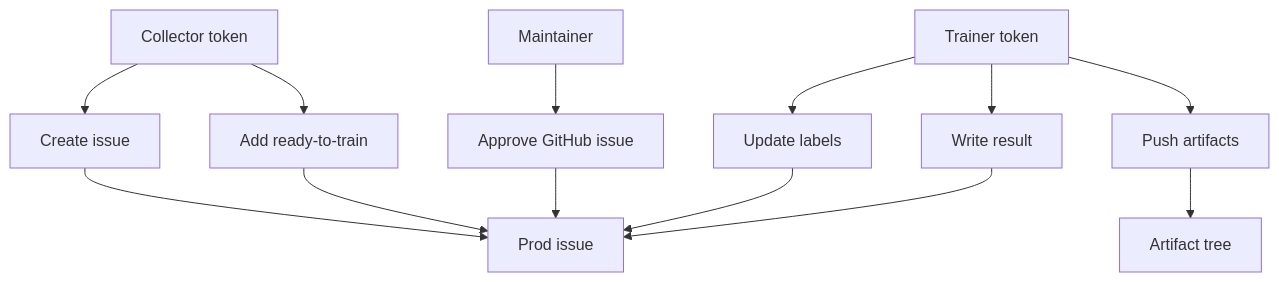
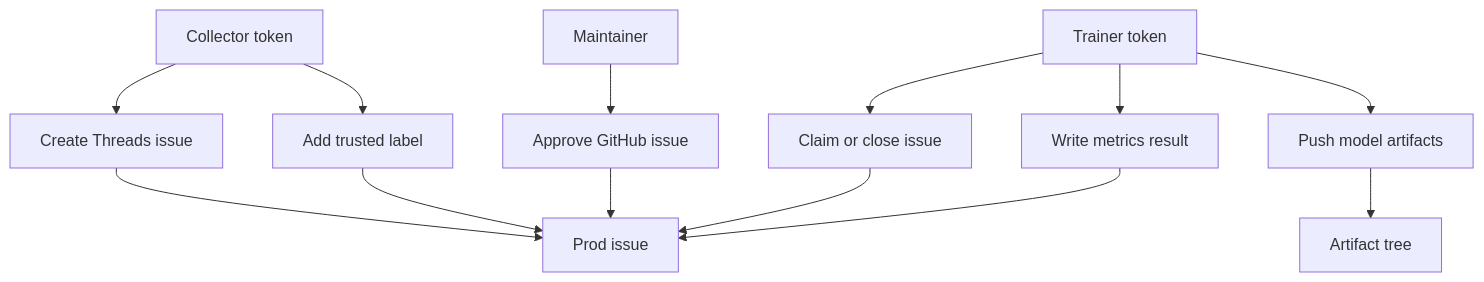
Before and after one commit to UnripePlum/korean-wakeword: the fourth of 4 diagrams in docs/ARCHITECTURE.md, drawn with Mermaid. The commit also changed other lines of this file, not shown here.

Commit message:
Use GitHub-safe prod mermaid labels

````diff
--- a/docs/ARCHITECTURE.md
+++ b/docs/ARCHITECTURE.md
@@ -170,16 +170,16 @@
 ```mermaid
 flowchart TD
-    COLLECTOR["Collector token"] --> CREATE["Create issue"]
-    COLLECTOR --> TRUSTED_LABEL["Add ready-to-train"]
+    COLLECTOR["Collector token"] --> CREATE["Create Threads issue"]
+    COLLECTOR --> TRUSTED_LABEL["Add trusted label"]
     MAINTAINER["Maintainer"] --> GITHUB_LABEL["Approve GitHub issue"]
-    TRAINER["Trainer token"] --> CLAIM["Update labels"]
-    TRAINER --> PUSH["Push artifacts"]
-    TRAINER --> COMMENT["Write result"]
+    TRAINER["Trainer token"] --> CLAIM["Claim or close issue"]
+    TRAINER --> PUSH["Push model artifacts"]
+    TRAINER --> COMMENT["Write metrics result"]
 
     CREATE --> ISSUE["Prod issue"]
     TRUSTED_LABEL --> ISSUE
     GITHUB_LABEL --> ISSUE
     CLAIM --> ISSUE
     PUSH --> ARTIFACTS["Artifact tree"]
     COMMENT --> ISSUE
 ```
````
